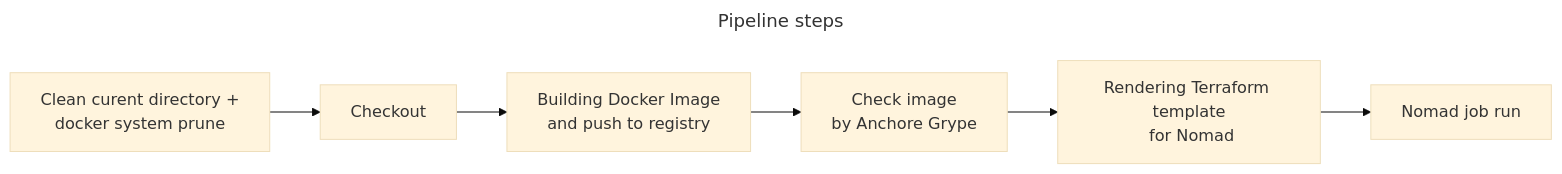
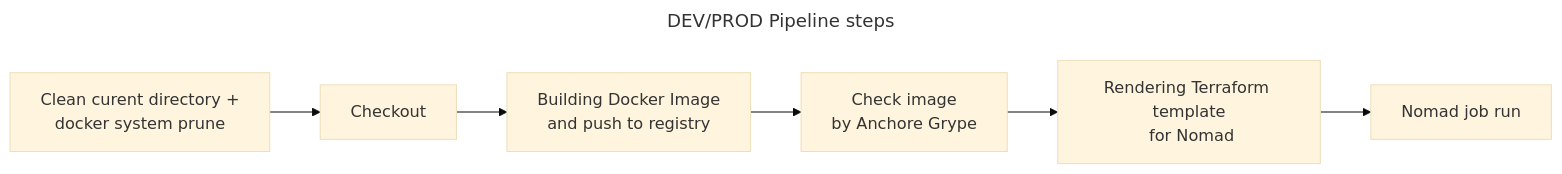
One commit to lek-x/tg_weather_bot changed the third of 3 diagrams in README.md. Above: the diagram before and after it, drawn with Mermaid (base theme). The commit also changed other lines of this file and 10 other files, not shown here.

````diff
--- a/README.md
+++ b/README.md
@@ -67,8 +74,8 @@
 ```mermaid
 ---
-title: Pipeline steps
+title: DEV/PROD Pipeline steps
 ---
 flowchart LR;
 A[Clean curent directory + \ndocker system prune] --> B[Checkout] --> C[Building Docker Image\n and push to registry] --> D[Check image\nby Anchore Grype] --> E[Rendering Terraform template\n for Nomad] -->F[Nomad job run]
 
 ```
````
